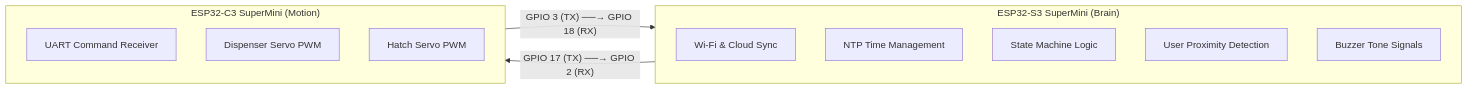
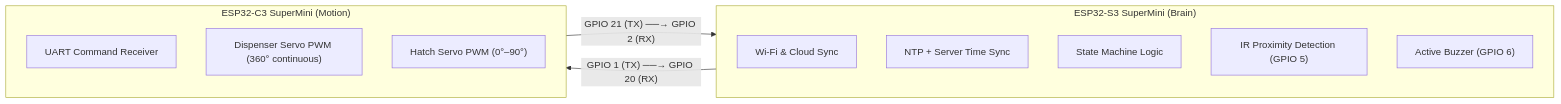
One commit to JanClyde05/MedDispenser changed the second of 6 diagrams in MedDispenser/docs/DEVICE_OPERATION_GUIDE.md. Above: the diagram before and after it, drawn with Mermaid. The commit also changed other lines of this file and 13 other files, not shown here.

````diff
--- a/MedDispenser/docs/DEVICE_OPERATION_GUIDE.md
+++ b/MedDispenser/docs/DEVICE_OPERATION_GUIDE.md
@@ -79,21 +81,21 @@
 ```mermaid
 graph LR
     subgraph S3["ESP32-S3 SuperMini (Brain)"]
         direction TB
         S1["Wi-Fi & Cloud Sync"]
-        S2["NTP Time Management"]
+        S2["NTP + Server Time Sync"]
         S33["State Machine Logic"]
-        S4["User Proximity Detection"]
-        S5["Buzzer Tone Signals"]
+        S4["IR Proximity Detection (GPIO 5)"]
+        S5["Active Buzzer (GPIO 6)"]
     end
 
     subgraph C3["ESP32-C3 SuperMini (Motion)"]
         direction TB
         C1["UART Command Receiver"]
-        C2["Dispenser Servo PWM"]
-        C33["Hatch Servo PWM"]
+        C2["Dispenser Servo PWM (360° continuous)"]
+        C33["Hatch Servo PWM (0°–90°)"]
     end
 
-    S3 -->|"GPIO 17 (TX) ──→ GPIO 2 (RX)"| C3
-    C3 -->|"GPIO 3 (TX) ──→ GPIO 18 (RX)"| S3
+    S3 -->|"GPIO 1 (TX) ──→ GPIO 20 (RX)"| C3
+    C3 -->|"GPIO 21 (TX) ──→ GPIO 2 (RX)"| S3
 ```
````
